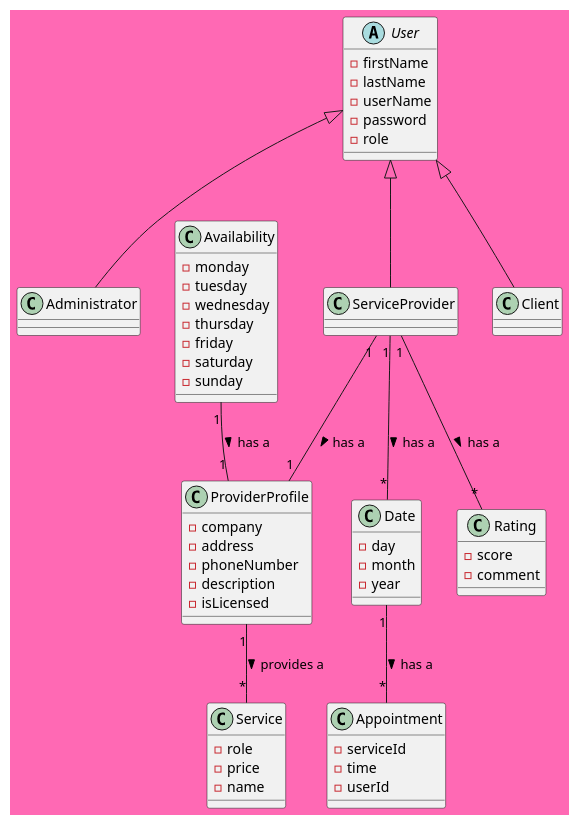
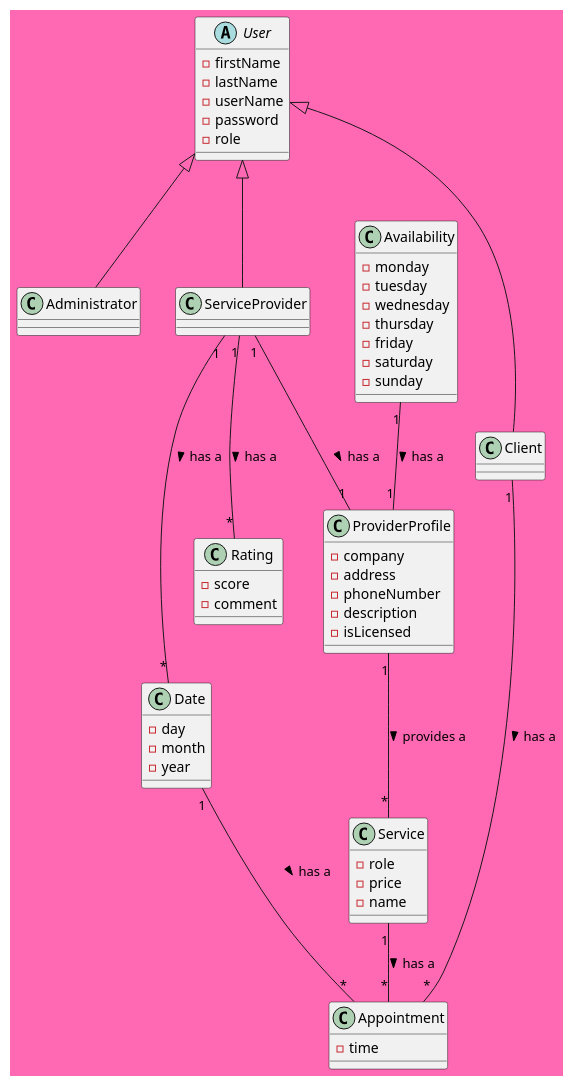
One commit to callmekungfu/chad changed the diagram in accountManagementUML.puml. Above: the diagram before and after it, drawn with PlantUML. The commit also changed 1 other file, not shown here.

```diff
--- a/accountManagementUML.puml
+++ b/accountManagementUML.puml
@@ -2,70 +2,70 @@
 @startuml
 skinparam backgroundColor HotPink
 
     abstract class User{
         -firstName
         -lastName
         -userName
         -password
         -role
     }
 
     class Administrator extends User{
 
     }
 
     class ServiceProvider extends User{
 
     }
     class Client extends User{
 
     }
     class Rating {
       -score
       -comment
     }
 
     class Service{
       -role
       -price
       -name
     }
 
     class ProviderProfile{
       -company
       -address
       -phoneNumber
       -description
       -isLicensed
     }
 
     class Availability {
       -monday
       -tuesday
       -wednesday
       -thursday
       -friday
       -saturday
       -sunday
     }
 
     class Date {
       -day
       -month
       -year
     }
 
     class Appointment {
-      -serviceId
       -time
-      -userId
     }
 
 
+    Client "1" -- "*" Appointment: > has a
+    Service "1" -- "*" Appointment: > has a
     ServiceProvider "1" -- "1" ProviderProfile: > has a
     ServiceProvider "1" -- "*" Rating: > has a
     ServiceProvider "1" -- "*" Date: > has a
     Date "1" -- "*" Appointment: > has a
     ProviderProfile "1" -- "*" Service: > provides a
     Availability "1" -- "1" ProviderProfile: > has a
 @enduml
```
